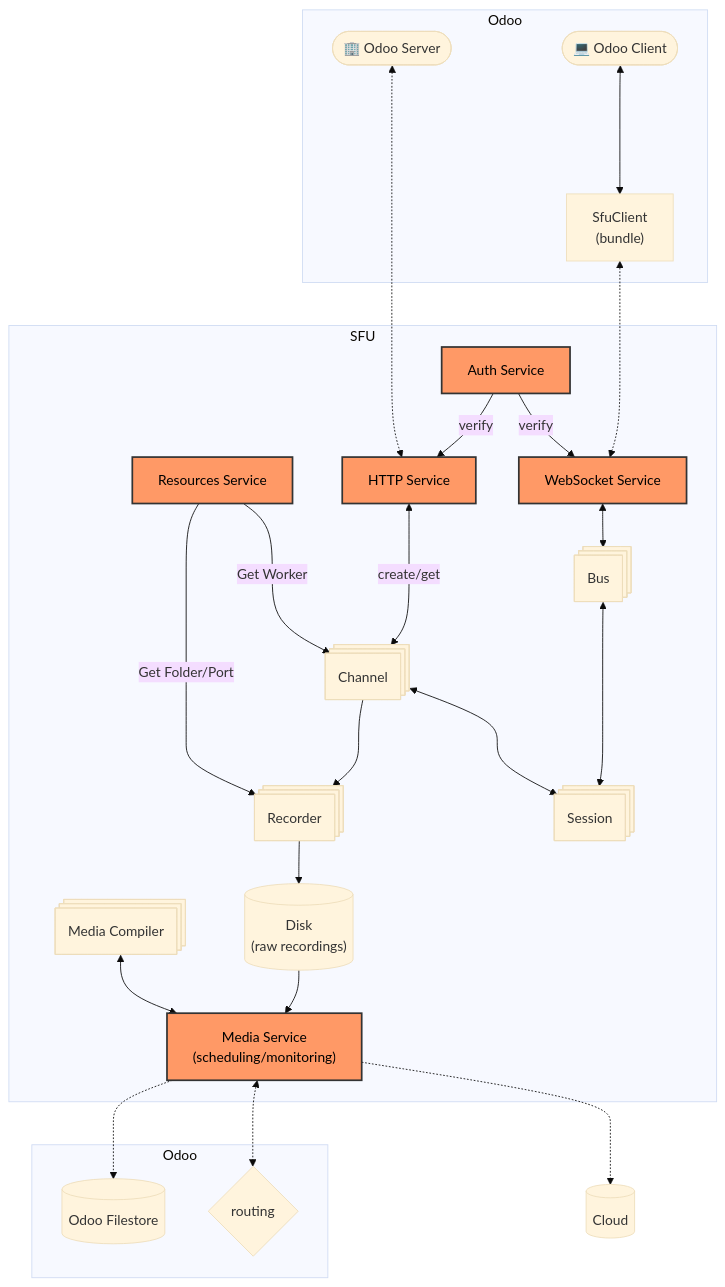
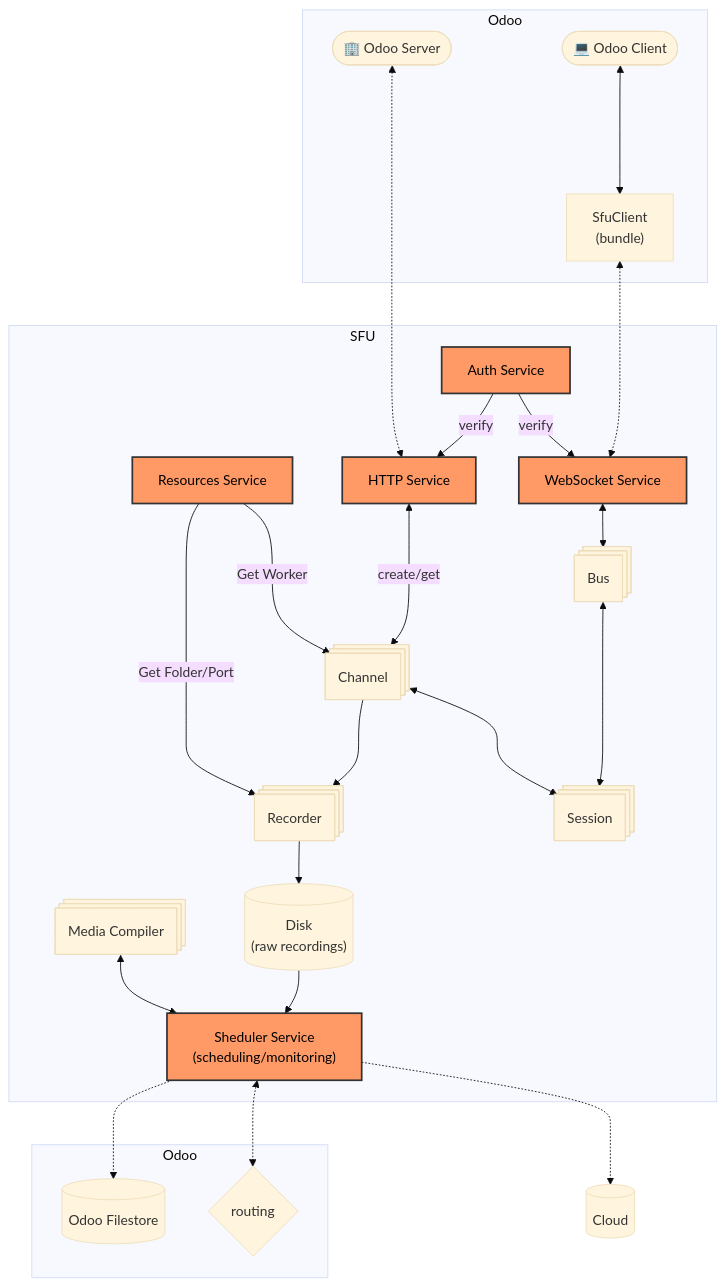
One commit to odoo/sfu changed the first of 2 diagrams in doc/architecture.md. Above: the diagram before and after it, drawn with Mermaid (base theme). The commit also changed other lines of this file and 8 other files, not shown here.

````diff
--- a/doc/architecture.md
+++ b/doc/architecture.md
@@ -6,63 +6,63 @@
 ```mermaid
 flowchart TB
  subgraph s1["SFU"]
         HTTP["HTTP Service"]
         WS["WebSocket Service"]
         Auth["Auth Service"]
         Bus["Bus"]
         Channel["Channel"]
         Resources["Resources Service"]
         Recorder["Recorder"]
-        Media["Media Service<br>(scheduling/monitoring)"]
+        Media["Sheduler Service<br>(scheduling/monitoring)"]
         Session["Session"]
         Disk["Disk<br>(raw recordings)"]
         MC["Media Compiler"]
   end
   subgraph s2["Odoo"]
         Server(["🏢 Odoo Server"])
         Client(["💻 Odoo Client"])
         CB["SfuClient</br>(bundle)"]
   end
     C1["Cloud"]
     Auth -- verify --> WS
     Server <-.....-> HTTP
     Client <----> CB
     CB <-..-> WS
     Auth -- verify --> HTTP
     WS <--> Bus
     Channel <---> Session
     Bus <----> Session
     Resources -- Get Worker---> Channel
     Resources -- Get Folder/Port ---> Recorder
     HTTP <-- create/get ---> Channel
     
     Channel ---> Recorder
     Recorder --> Disk
     
 subgraph s3["Odoo"]
     O2["Odoo Filestore"]
     R1(["routing"])
 end
     Media -.-> C1
     Media <-.-> R1
     Media -.-> O2
     MC <--> Media
     Disk --> Media
     
 
     Bus@{shape: procs}
     Channel@{shape: procs}
     Recorder@{shape: procs}
     Session@{shape: procs}
     MC@{shape: procs}
     R1@{shape: diamond}
     O2@{shape: cyl}
     Disk@{shape: cyl}
     C1@{shape: cyl}
     HTTP:::service
     WS:::service
     Auth:::service
     Media:::service
     Resources:::service
     classDef service fill:#f96,stroke:#333,stroke-width:2px,color:#000
 ```
````
